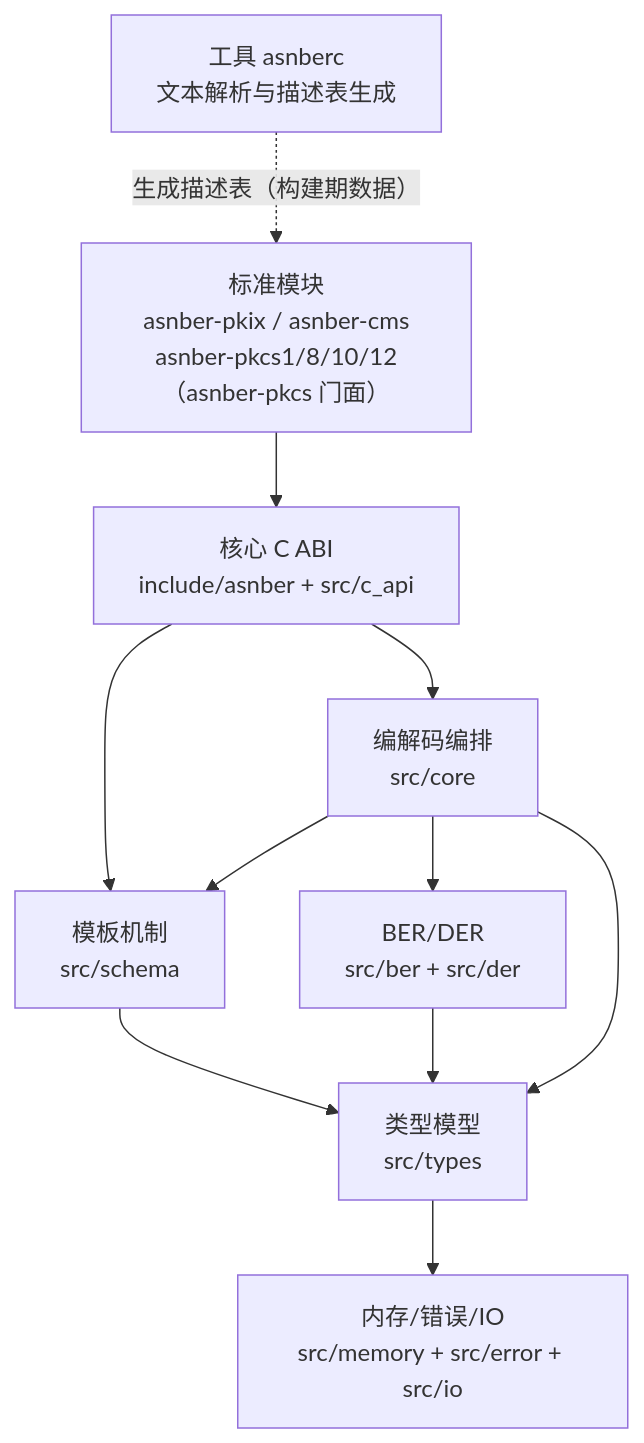
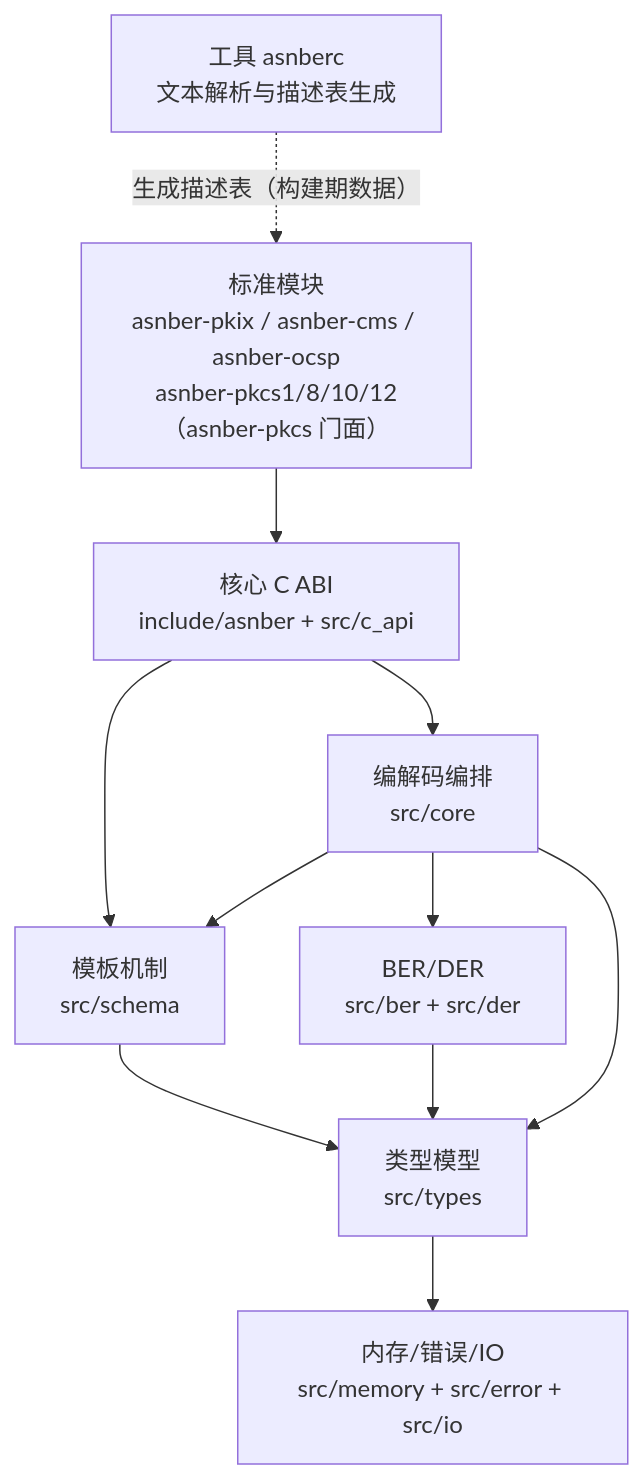
One commit to fanzhiyu7410/asnber changed the first of 2 diagrams in docs/01-架构设计.md. Above: the diagram before and after it, drawn with Mermaid. The commit also changed other lines of this file and 14 other files, not shown here.

````diff
--- a/docs/01-架构设计.md
+++ b/docs/01-架构设计.md
@@ -19,22 +19,22 @@
 ```mermaid
 flowchart TB
-  MOD["标准模块<br/>asnber-pkix / asnber-cms<br/>asnber-pkcs1/8/10/12（asnber-pkcs 门面）"]
+  MOD["标准模块<br/>asnber-pkix / asnber-cms / asnber-ocsp<br/>asnber-pkcs1/8/10/12（asnber-pkcs 门面）"]
   TOOL["工具 asnberc<br/>文本解析与描述表生成"]
   ABI["核心 C ABI<br/>include/asnber + src/c_api"]
   SCHEMA["模板机制<br/>src/schema"]
   CORE["编解码编排<br/>src/core"]
   RULES["BER/DER<br/>src/ber + src/der"]
   MODEL["类型模型<br/>src/types"]
   INFRA["内存/错误/IO<br/>src/memory + src/error + src/io"]
 
   MOD --> ABI
   TOOL -. "生成描述表（构建期数据）" .-> MOD
   ABI --> SCHEMA
   ABI --> CORE
   CORE --> SCHEMA
   CORE --> RULES
   CORE --> MODEL
   SCHEMA --> MODEL
   RULES --> MODEL
   MODEL --> INFRA
 ```
````
